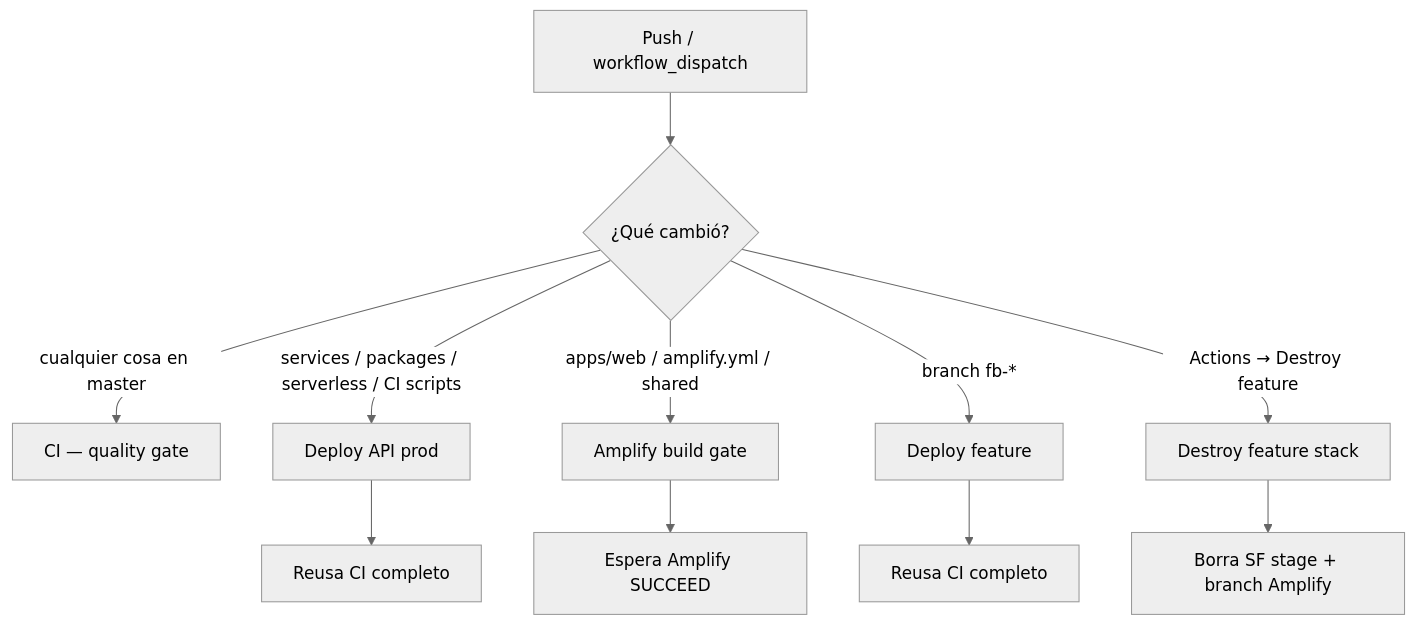
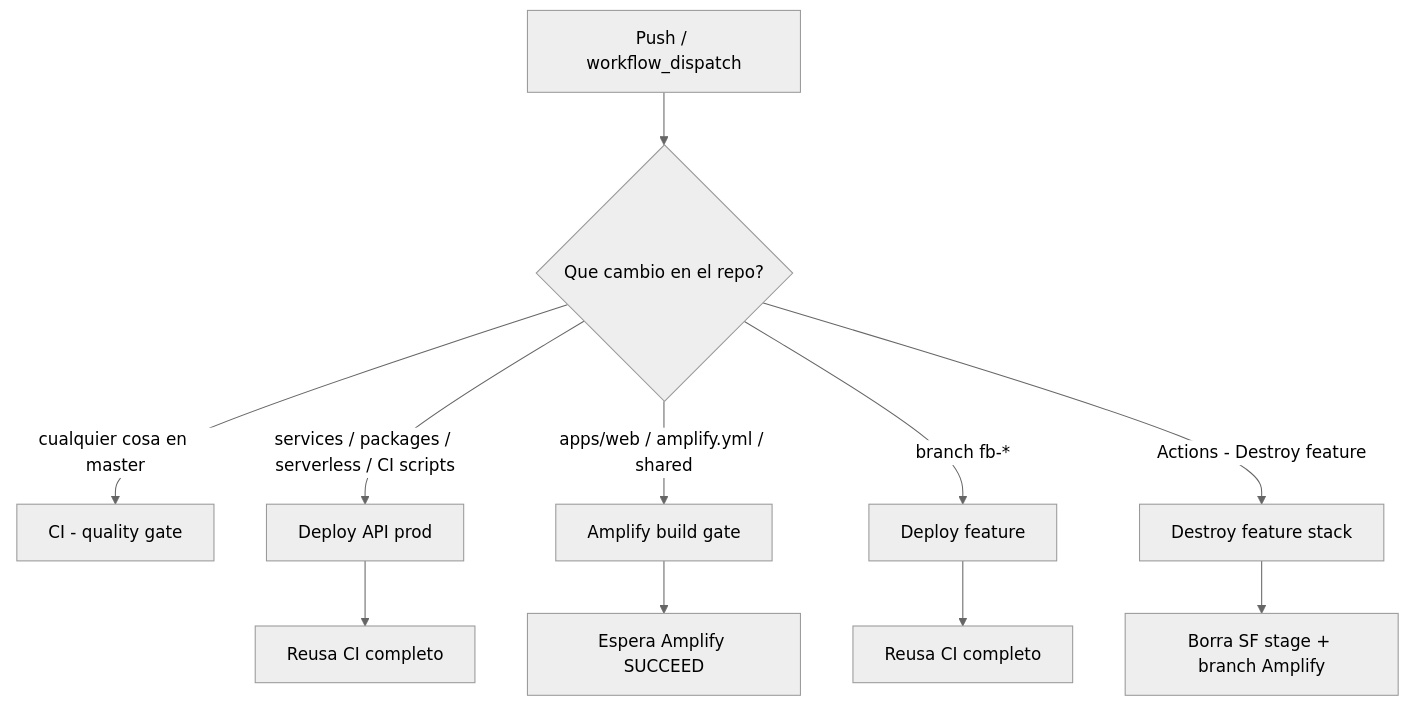
The first of 5 diagrams in README.md (DanielMat97/checkout-store-fullstack-test), drawn with Mermaid (neutral theme) before and after one commit. The commit also changed other lines of this file and 5 other files, not shown here.

````diff
--- a/README.md
+++ b/README.md
@@ -168,16 +168,16 @@
 ```mermaid
 flowchart TD
   push["Push / workflow_dispatch"]
-  push --> path{¿Qué cambió?}
+  push --> path{"Que cambio en el repo?"}
 
-  path -->|"cualquier cosa en master"| CI["CI — quality gate"]
+  path -->|"cualquier cosa en master"| CI["CI - quality gate"]
   path -->|"services / packages / serverless / CI scripts"| DeployAPI["Deploy API prod"]
   path -->|"apps/web / amplify.yml / shared"| AmpGate["Amplify build gate"]
   path -->|"branch fb-*"| Feat["Deploy feature"]
-  path -->|"Actions → Destroy feature"| Destroy["Destroy feature stack"]
+  path -->|"Actions - Destroy feature"| Destroy["Destroy feature stack"]
 
   DeployAPI --> CIReuse["Reusa CI completo"]
   Feat --> CIReuse2["Reusa CI completo"]
   AmpGate --> WaitAmp["Espera Amplify SUCCEED"]
   Destroy --> Clean["Borra SF stage + branch Amplify"]
 ```
````
